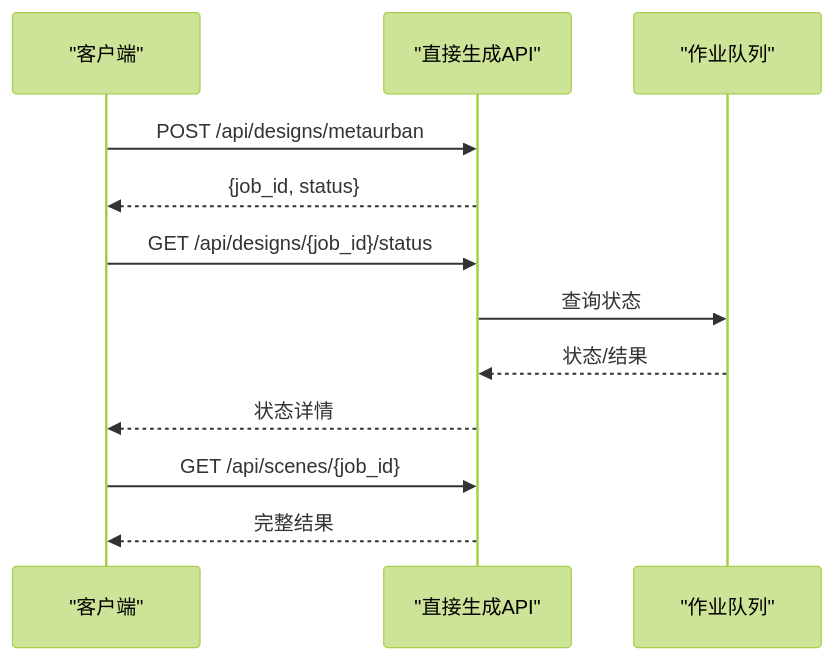
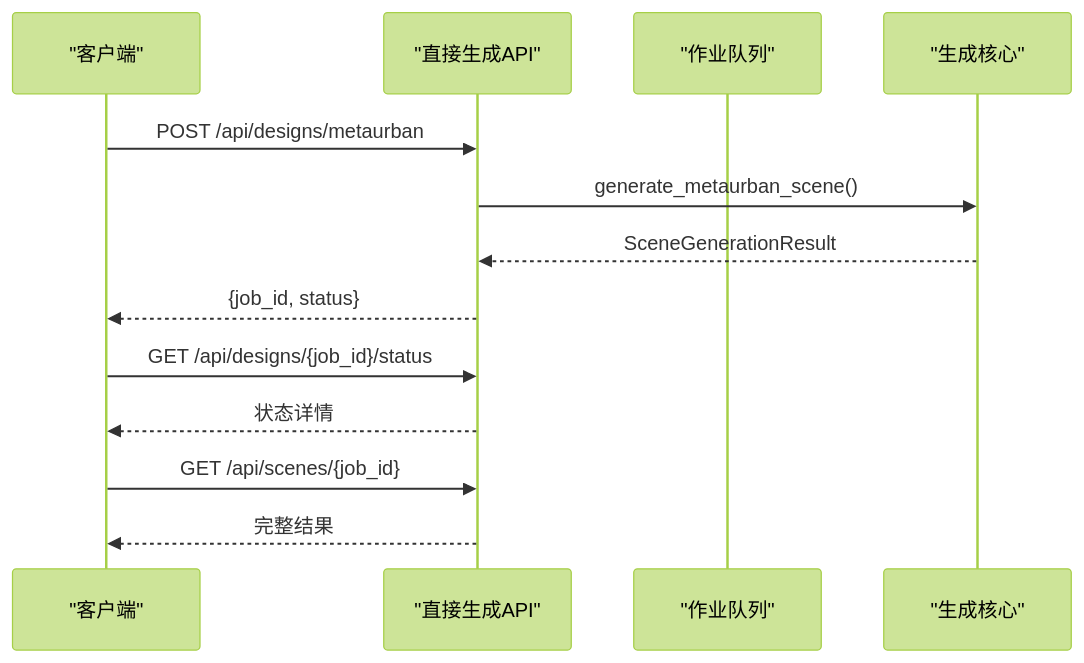
The eighth of 10 diagrams in .qoder/repowiki/zh/content/API接口参考/API接口参考.md (wsqstar/RoadGen3D), drawn with Mermaid (forest theme) before and after one commit. The commit also changed other lines of this file and 5 other files, not shown here.

````diff
--- a/.qoder/repowiki/zh/content/API接口参考/API接口参考.md
+++ b/.qoder/repowiki/zh/content/API接口参考/API接口参考.md
@@ -278,14 +334,15 @@
 ```mermaid
 sequenceDiagram
 participant C as "客户端"
 participant GA as "直接生成API"
 participant SJ as "作业队列"
+participant GC as "生成核心"
 C->>GA : POST /api/designs/metaurban
+GA->>GC : generate_metaurban_scene()
+GC-->>GA : SceneGenerationResult
 GA-->>C : {job_id, status}
 C->>GA : GET /api/designs/{job_id}/status
-GA->>SJ : 查询状态
-SJ-->>GA : 状态/结果
 GA-->>C : 状态详情
 C->>GA : GET /api/scenes/{job_id}
 GA-->>C : 完整结果
 ```
````
